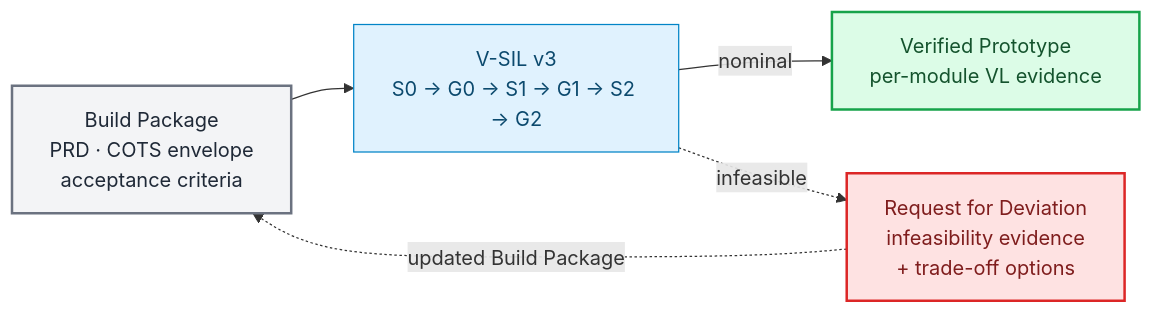
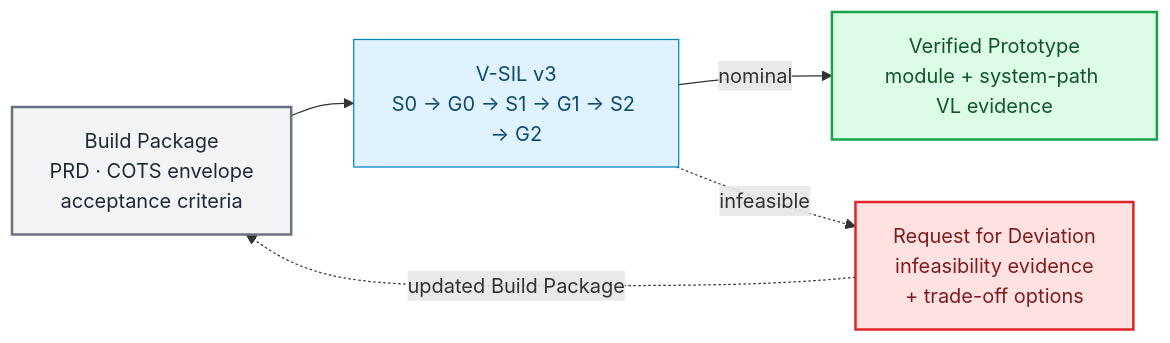
One commit to dramirezbe/codeanvil-gcpds changed the first of 11 diagrams in methodology/V-SIL-v3/V-SIL_v3.md. Above: the diagram before and after it, drawn with Mermaid. The commit also changed other lines of this file and 3 other files, not shown here.

````diff
--- a/methodology/V-SIL-v3/V-SIL_v3.md
+++ b/methodology/V-SIL-v3/V-SIL_v3.md
@@ -13,17 +13,17 @@
 ```mermaid
 flowchart LR
     classDef input fill:#f3f4f6,stroke:#6b7280,color:#1f2937,stroke-width:2px
     classDef vsil fill:#e0f2fe,stroke:#0284c7,color:#0c4a6e
     classDef output fill:#dcfce7,stroke:#16a34a,color:#14532d,stroke-width:2px
     classDef rfd fill:#fee2e2,stroke:#dc2626,color:#7f1d1d,stroke-width:2px
 
     IN["Build Package<br/>PRD · COTS envelope<br/>acceptance criteria"]:::input
     VSIL["V-SIL v3<br/>S0 → G0 → S1 → G1 → S2 → G2"]:::vsil
-    OUT["Verified Prototype<br/>per-module VL evidence"]:::output
+    OUT["Verified Prototype<br/>module + system-path VL evidence"]:::output
     RFD["Request for Deviation<br/>infeasibility evidence<br/>+ trade-off options"]:::rfd
 
     IN --> VSIL
     VSIL -->|nominal| OUT
     VSIL -.->|infeasible| RFD
     RFD -.->|updated Build Package| IN
 ```
````
